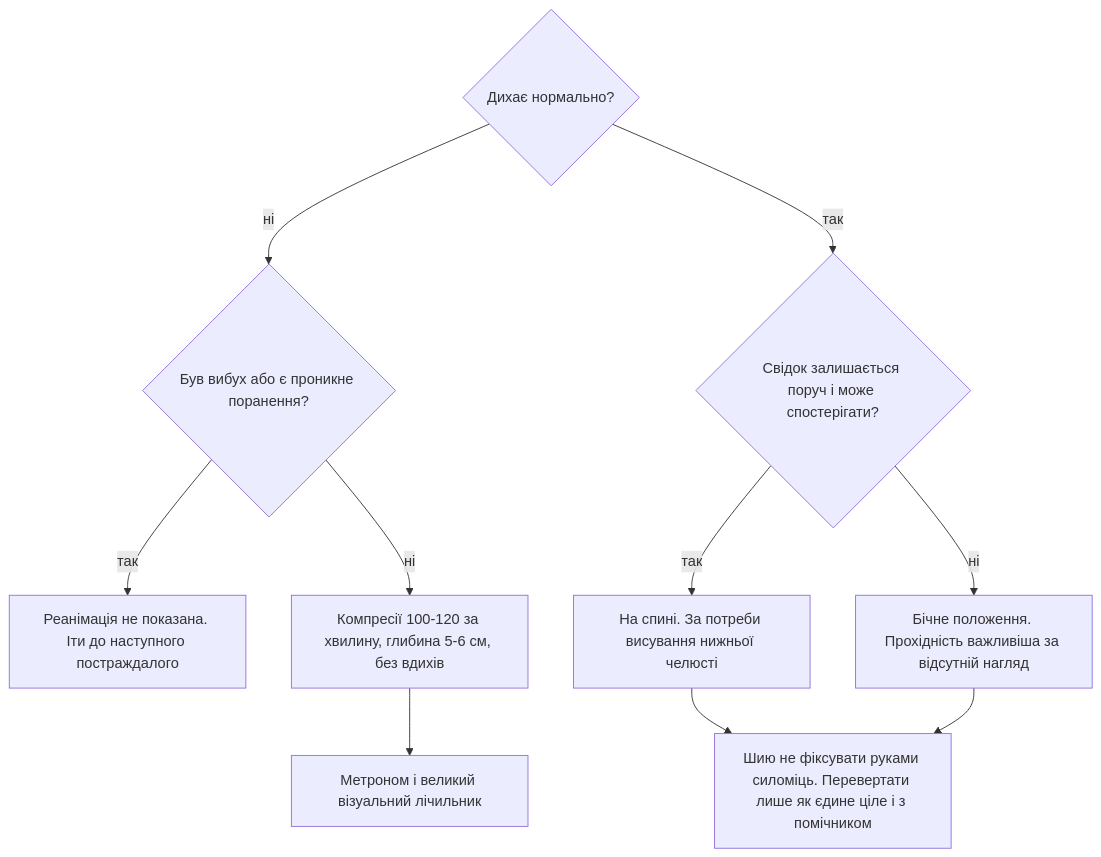
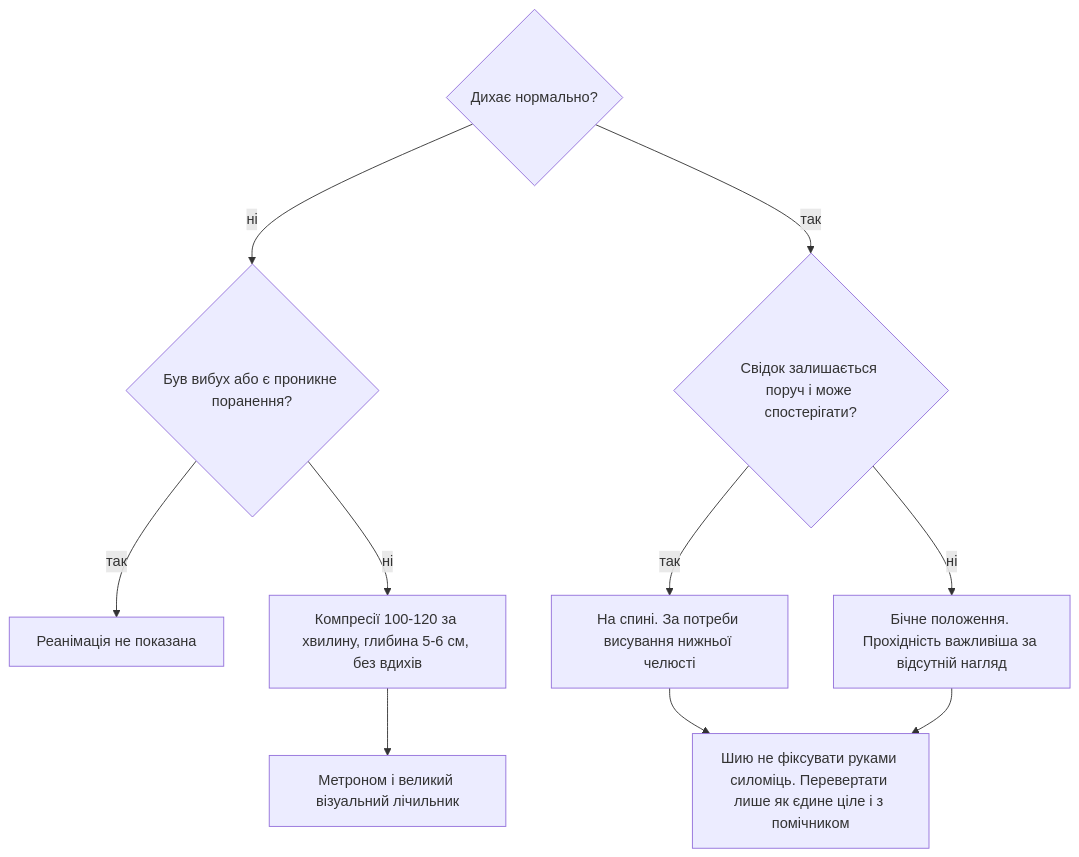
The fifth of 12 diagrams in docs/04-блок-схеми.md (kaiserdem/ZeroEchelon), drawn with Mermaid before and after one commit. The commit also changed other lines of this file and 5 other files, not shown here.

````diff
--- a/docs/04-блок-схеми.md
+++ b/docs/04-блок-схеми.md
@@ -132,13 +151,13 @@
 ```mermaid
 flowchart TD
   D0{"Дихає нормально?"}
   D0 -->|"ні"| D1{"Був вибух або є проникне поранення?"}
-  D1 -->|"так"| NoCpr["Реанімація не показана. Іти до наступного постраждалого"]
+  D1 -->|"так"| NoCpr["Реанімація не показана"]
   D1 -->|"ні"| Cpr["Компресії 100-120 за хвилину, глибина 5-6 см, без вдихів"]
   D0 -->|"так"| D2{"Свідок залишається поруч і може спостерігати?"}
   D2 -->|"так"| Sup["На спині. За потреби висування нижньої челюсті"]
   D2 -->|"ні"| Lat["Бічне положення. Прохідність важливіша за відсутній нагляд"]
   Sup --> Neck["Шию не фіксувати руками силоміць. Перевертати лише як єдине ціле і з помічником"]
   Lat --> Neck
   Cpr --> Metron["Метроном і великий візуальний лічильник"]
 ```
````
